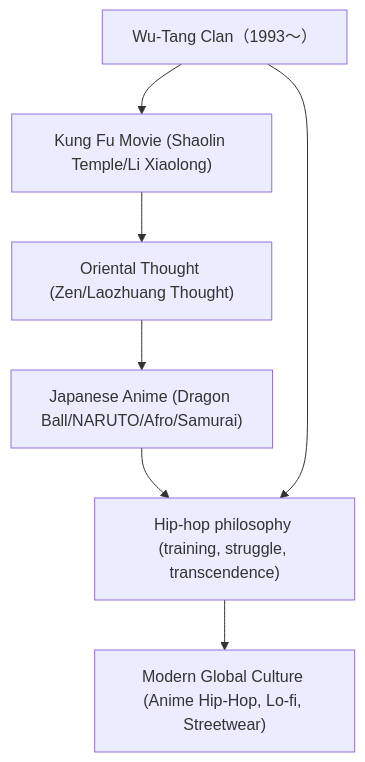
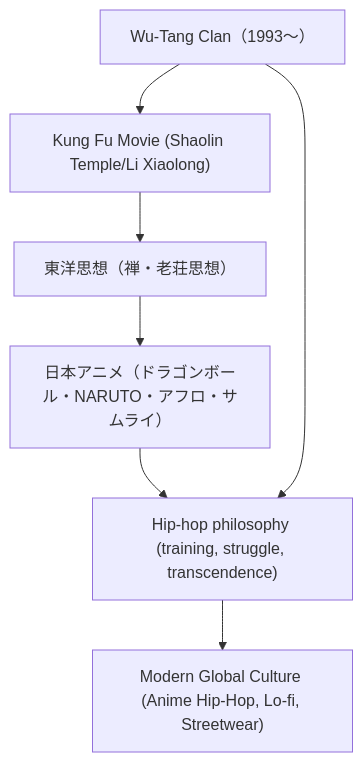
One commit to monumental-movement/monumental-movement.github.io changed the second of 2 diagrams in en/_posts/2025-10-26-column-wu-tang-clan-anime.md. Above: the diagram before and after it, drawn with Mermaid. The commit also changed other lines of this file and 445 other files, not shown here.

```diff
--- a/en/_posts/2025-10-26-column-wu-tang-clan-anime.md
+++ b/en/_posts/2025-10-26-column-wu-tang-clan-anime.md
@@ -162,19 +162,19 @@
 <div class="mermaid">
 
 flowchart TD
     A["Wu-Tang Clan（1993〜）"]
     B["Kung Fu Movie (Shaolin Temple/Li Xiaolong)"]
-    C["Oriental Thought (Zen/Laozhuang Thought)"]
-    D["Japanese Anime (Dragon Ball/NARUTO/Afro/Samurai)"]
+    C["東洋思想（禅・老荘思想）"]
+    D["日本アニメ（ドラゴンボール・NARUTO・アフロ・サムライ）"]
     E["Hip-hop philosophy (training, struggle, transcendence)"]
     F["Modern Global Culture (Anime Hip-Hop, Lo-fi, Streetwear)"]
 
     A --> B
     B --> C
     C --> D
     D --> E
     A --> E
     E --> F
 
 
 </div>
```
